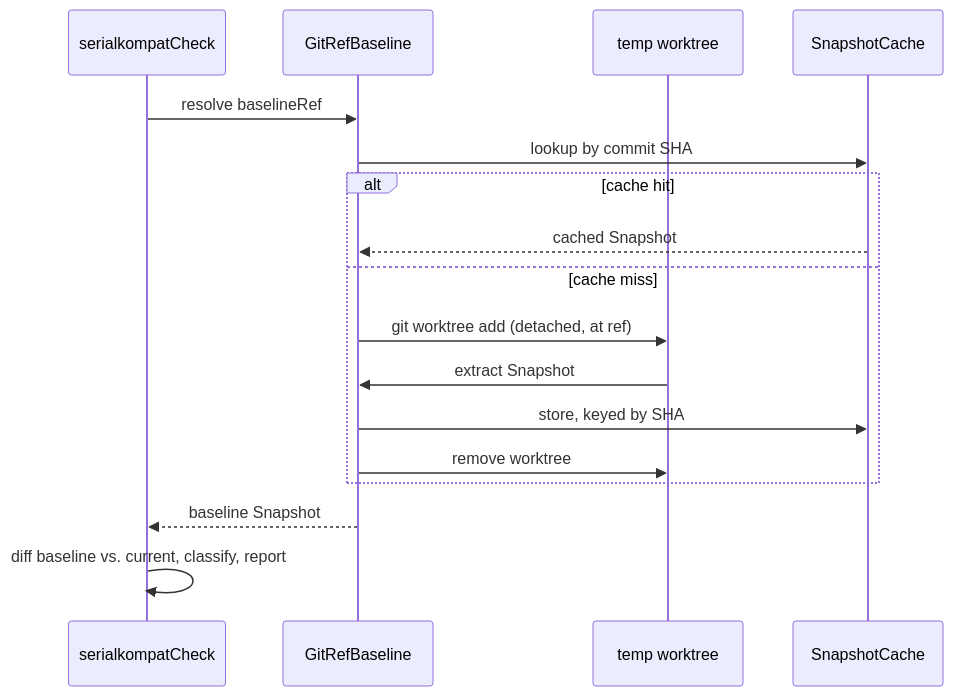
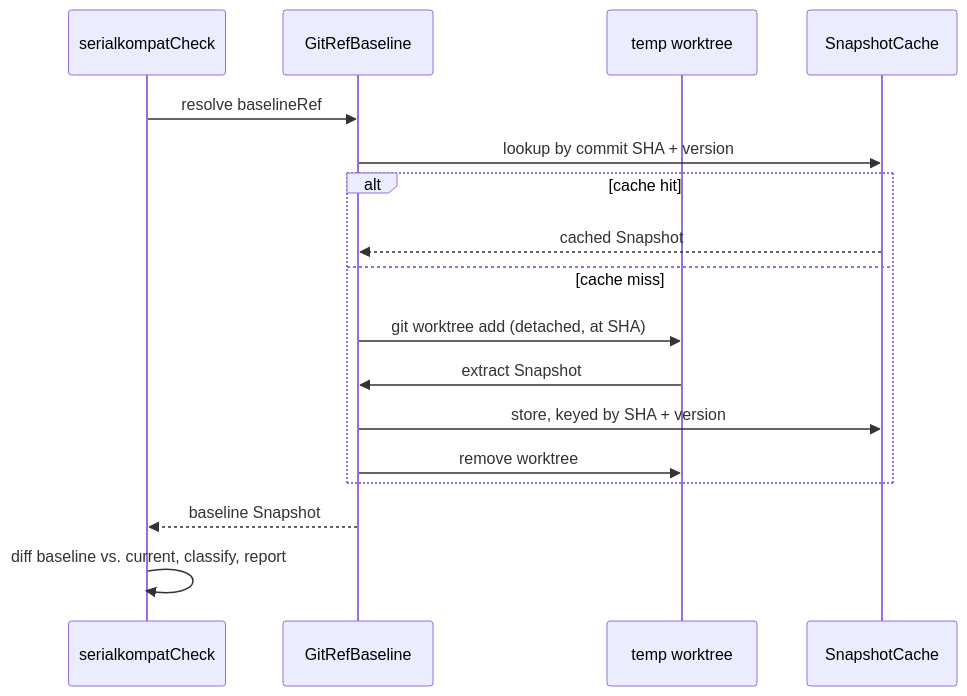
One commit to chrisjenx/serialkompat changed the third of 3 diagrams in docs/deep-dive.md. Above: the diagram before and after it, drawn with Mermaid. The commit also changed other lines of this file and 18 other files, not shown here.

````diff
--- a/docs/deep-dive.md
+++ b/docs/deep-dive.md
@@ -81,20 +148,20 @@
 ```mermaid
 sequenceDiagram
     participant Task as serialkompatCheck
     participant Git as GitRefBaseline
     participant WT as temp worktree
     participant Cache as SnapshotCache
 
     Task->>Git: resolve baselineRef
-    Git->>Cache: lookup by commit SHA
+    Git->>Cache: lookup by commit SHA + version
     alt cache hit
         Cache-->>Git: cached Snapshot
     else cache miss
-        Git->>WT: git worktree add (detached, at ref)
+        Git->>WT: git worktree add (detached, at SHA)
         WT->>Git: extract Snapshot
-        Git->>Cache: store, keyed by SHA
+        Git->>Cache: store, keyed by SHA + version
         Git->>WT: remove worktree
     end
     Git-->>Task: baseline Snapshot
     Task->>Task: diff baseline vs. current, classify, report
 ```
````
